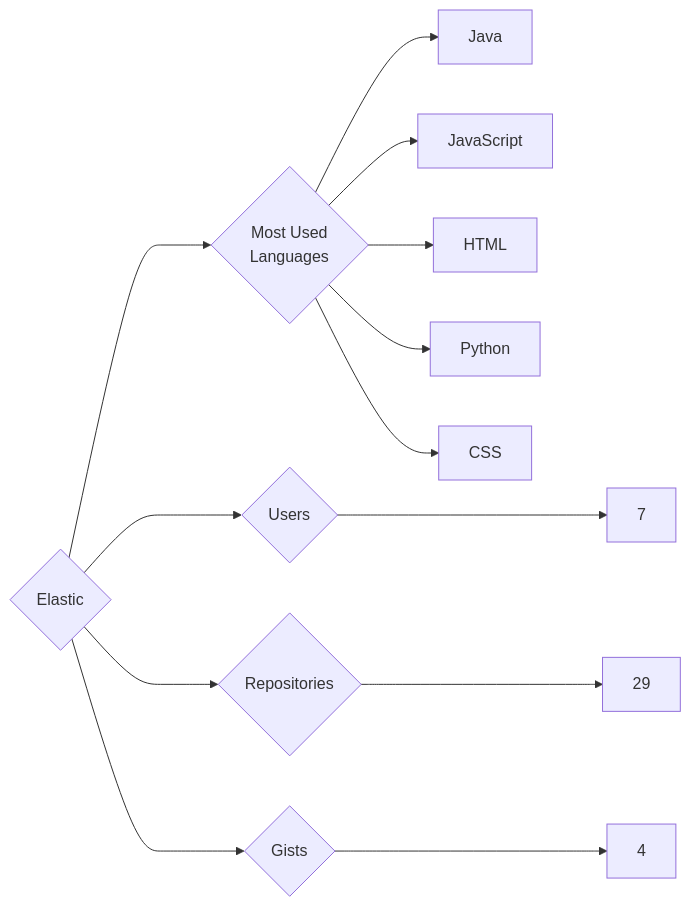
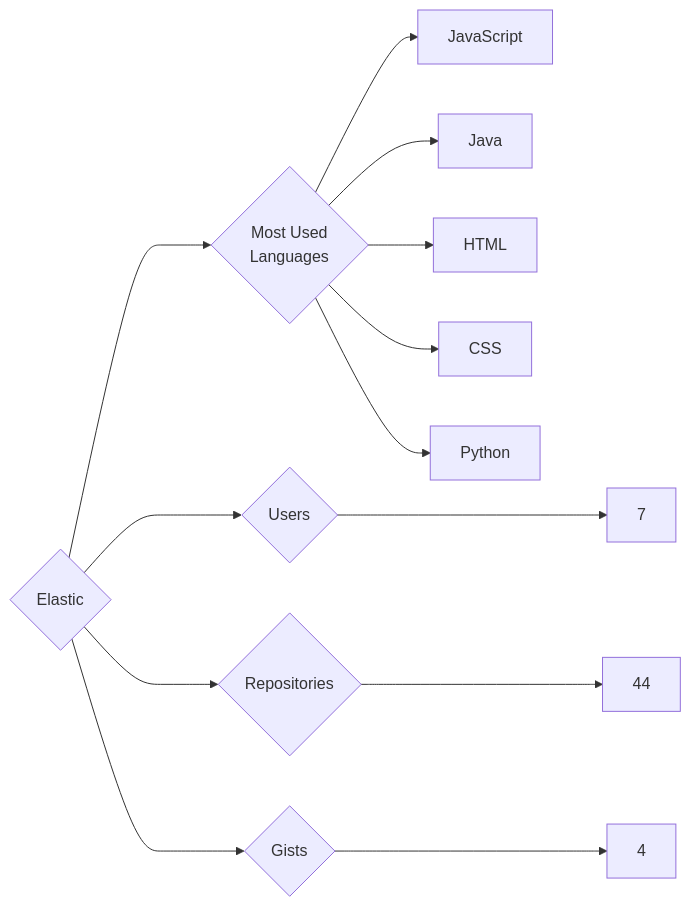
The diagram in targets/Elastic/README.md (trickest/insiders), drawn with Mermaid before and after one commit. The commit also changed 873 other files, not shown here.

````diff
--- a/targets/Elastic/README.md
+++ b/targets/Elastic/README.md
@@ -3,13 +3,13 @@
 ```mermaid
 graph LR
 COMPANY_NAME{Elastic}
 COMPANY_NAME ---> U{Users} ---> UN[7]
-COMPANY_NAME ---> R{Repositories} ---> RN[29]
+COMPANY_NAME ---> R{Repositories} ---> RN[44]
 COMPANY_NAME ---> G{Gists} ---> GN[4]
 COMPANY_NAME ---> ML{Most Used<br>Languages}
+ML --> JavaScript[JavaScript]
 ML --> Java[Java]
-ML --> JavaScript[JavaScript]
 ML --> HTML[HTML]
+ML --> CSS[CSS]
 ML --> Python[Python]
-ML --> CSS[CSS]
 ```
````
